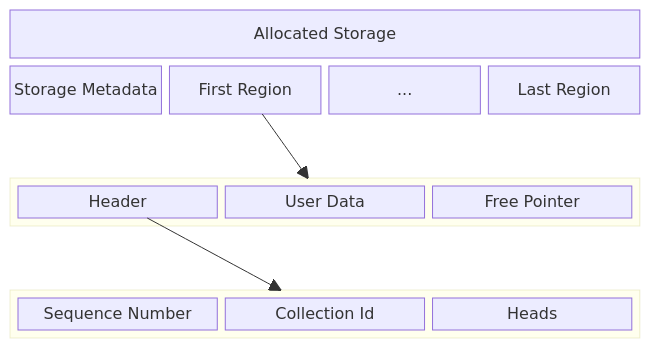
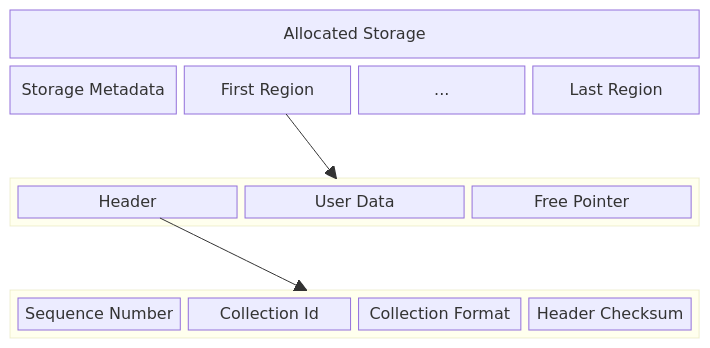
One commit to moore/borromean changed the diagram in spec/ring.md. Above: the diagram before and after it, drawn with Mermaid. The commit also changed other lines of this file, not shown here.

````diff
--- a/spec/ring.md
+++ b/spec/ring.md
@@ -53,23 +92,24 @@
 ```mermaid
 block-beta
  columns 4
  Storage["Allocated Storage"]:4
  Meta["Storage Metadata"]
  R1["First Region"]
  e1["..."]
  R2["Last Region"]
  space:4
  block:exp:4
   h1["Header"]
   d1["User Data"]
   a1["Free Pointer"]
  end
  space:4
  block:header:4
   s1["Sequence Number"]
   cid["Collection Id"]
-  Heads
+  type["Collection Format"]
+  check["Header Checksum"]
  end
  R1 --> exp
  h1 --> header
 ```
````
